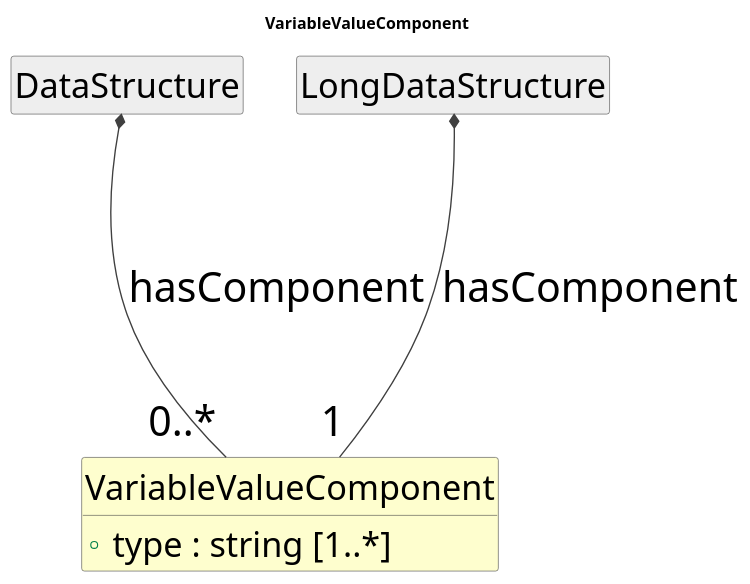
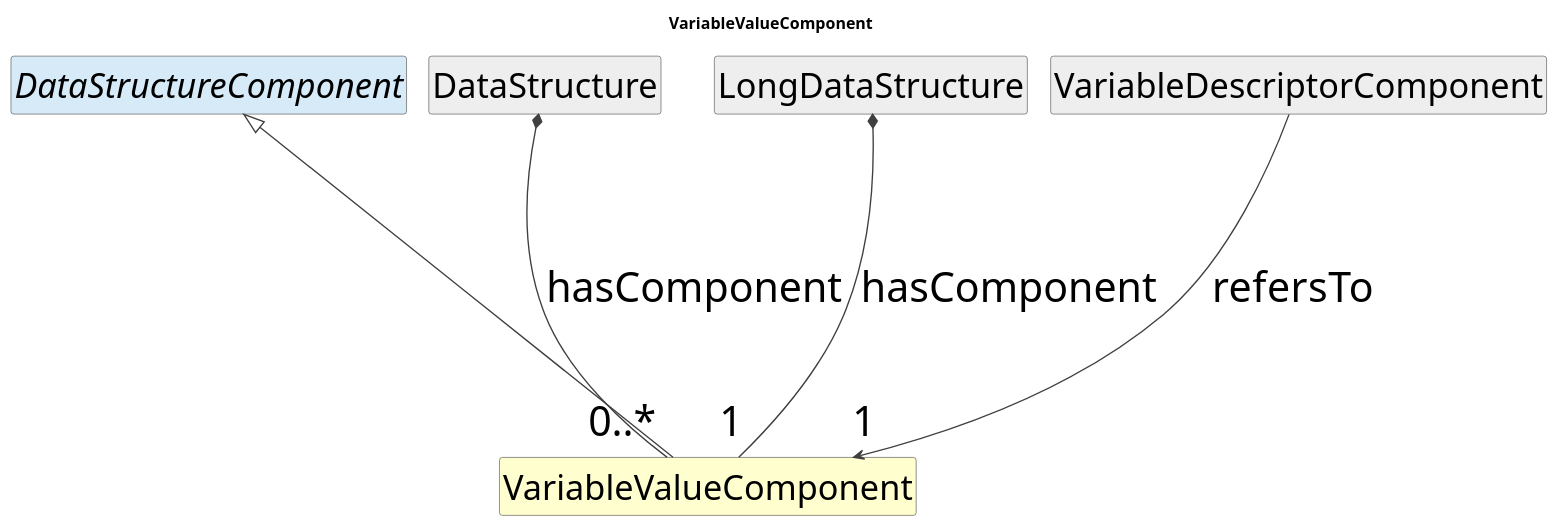
The diagram in cdif-uml-model/DiscoveryDataDescriptionStructure/Classes/VariableValueComponent.pu (Cross-Domain-Interoperability-Framework/metadataBuildingBlocks), drawn with PlantUML before and after one commit. The commit also changed 500 other files, not shown here.

First line of the commit message:
Regenerate model browser for restored DataStructure content

```diff
--- a/cdif-uml-model/DiscoveryDataDescriptionStructure/Classes/VariableValueComponent.pu
+++ b/cdif-uml-model/DiscoveryDataDescriptionStructure/Classes/VariableValueComponent.pu
@@ -1,25 +1,27 @@
 @startuml
 title VariableValueComponent
 hide circle
 hide empty members
 skinparam shadowing false
 skinparam ArrowThickness 1.2
 skinparam ranksep 250
 skinparam nodesep 20
 skinparam defaultFontSize 36
 skinparam class {
   ArrowColor #404040
   BorderColor #404040
   FontSize 36
   AttributeFontSize 30
 }
 
-class "VariableValueComponent" as VariableValueComponent #FEFECE {
-  +type : string [1..*]
-}
+class "VariableValueComponent" as VariableValueComponent #FEFECE
+abstract class "DataStructureComponent" as DataStructureComponent #D6EAF8
+DataStructureComponent <|-- VariableValueComponent
 class "DataStructure" as DataStructure #EEEEEE
 DataStructure *-- "0..*" VariableValueComponent : hasComponent
 class "LongDataStructure" as LongDataStructure #EEEEEE
 LongDataStructure *-- "1" VariableValueComponent : hasComponent
+class "VariableDescriptorComponent" as VariableDescriptorComponent #EEEEEE
+VariableDescriptorComponent --> "1" VariableValueComponent : refersTo
 
 @enduml
```
